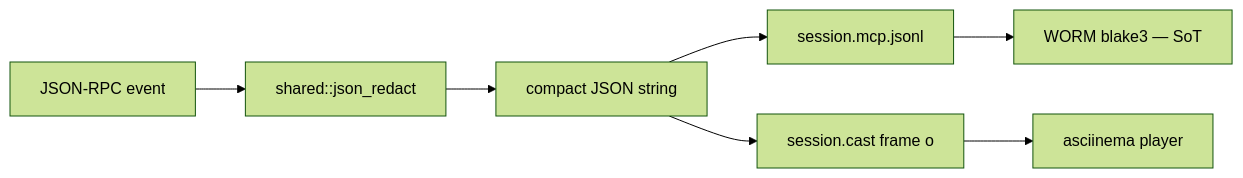
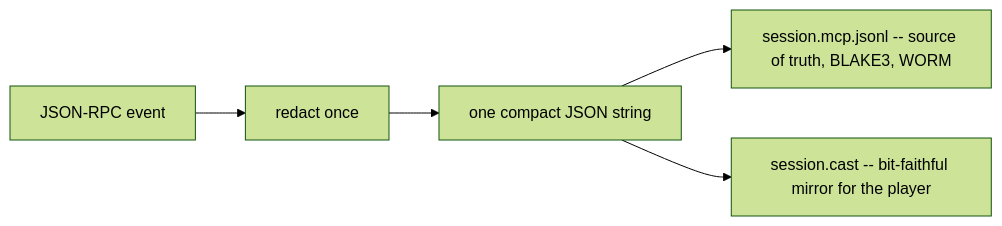
Before and after one commit to rbenaley/Vauban: the eighth of 8 diagrams in docs/technical/Vauban_MCP_Architecture_EN(1.0).md, drawn with Mermaid (forest theme). The commit also changed other lines of this file and 5 other files, not shown here.

````diff
--- a/docs/technical/Vauban_MCP_Architecture_EN(1.0).md
+++ b/docs/technical/Vauban_MCP_Architecture_EN(1.0).md
@@ -181,9 +643,7 @@
 ```mermaid
 flowchart LR
-  RPC[JSON-RPC event] --> Redact[shared::json_redact]
-  Redact --> S[compact JSON string]
-  S --> J[session.mcp.jsonl]
-  S --> C["session.cast frame o"]
-  J --> W[WORM blake3 — SoT]
-  C --> P[asciinema player]
+  E["JSON-RPC event"] --> R["redact once"]
+  R --> S["one compact JSON string"]
+  S --> J["session.mcp.jsonl -- source of truth, BLAKE3, WORM"]
+  S --> C["session.cast -- bit-faithful mirror for the player"]
 ```
````
